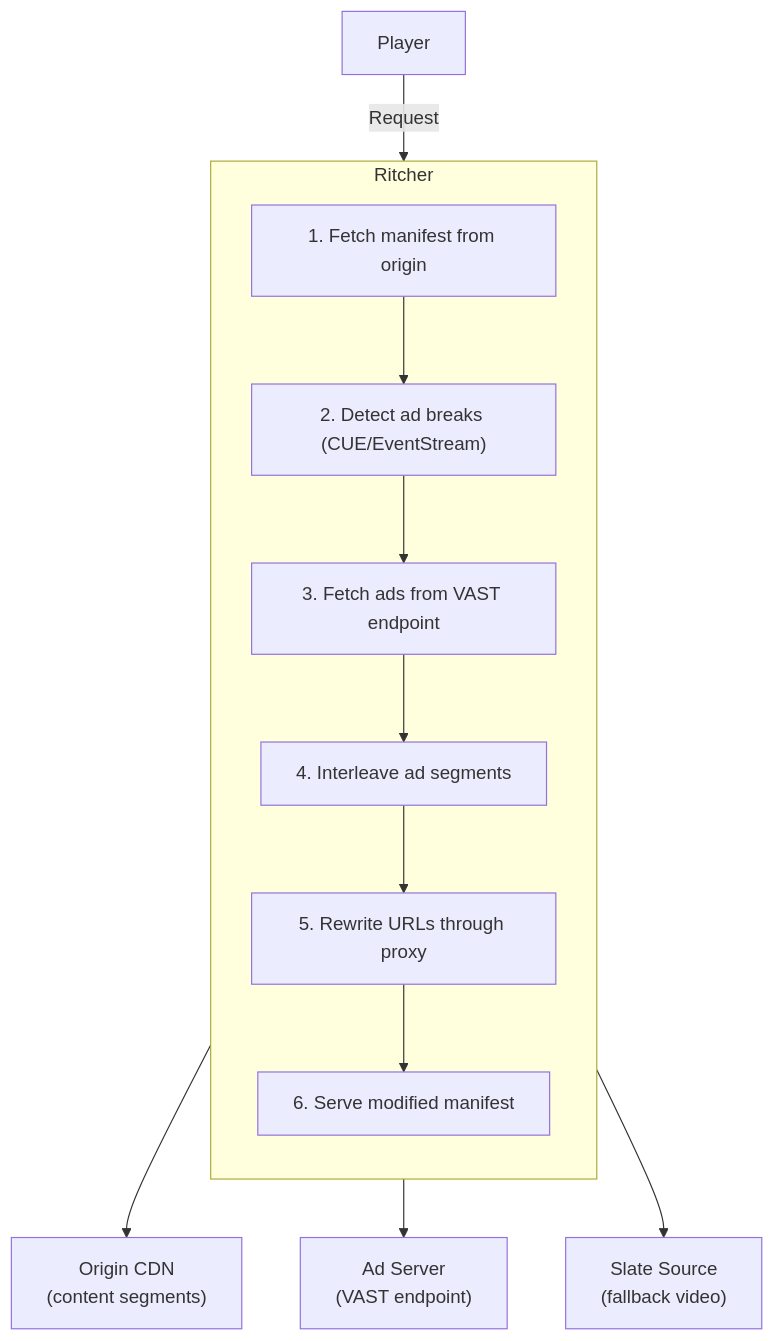
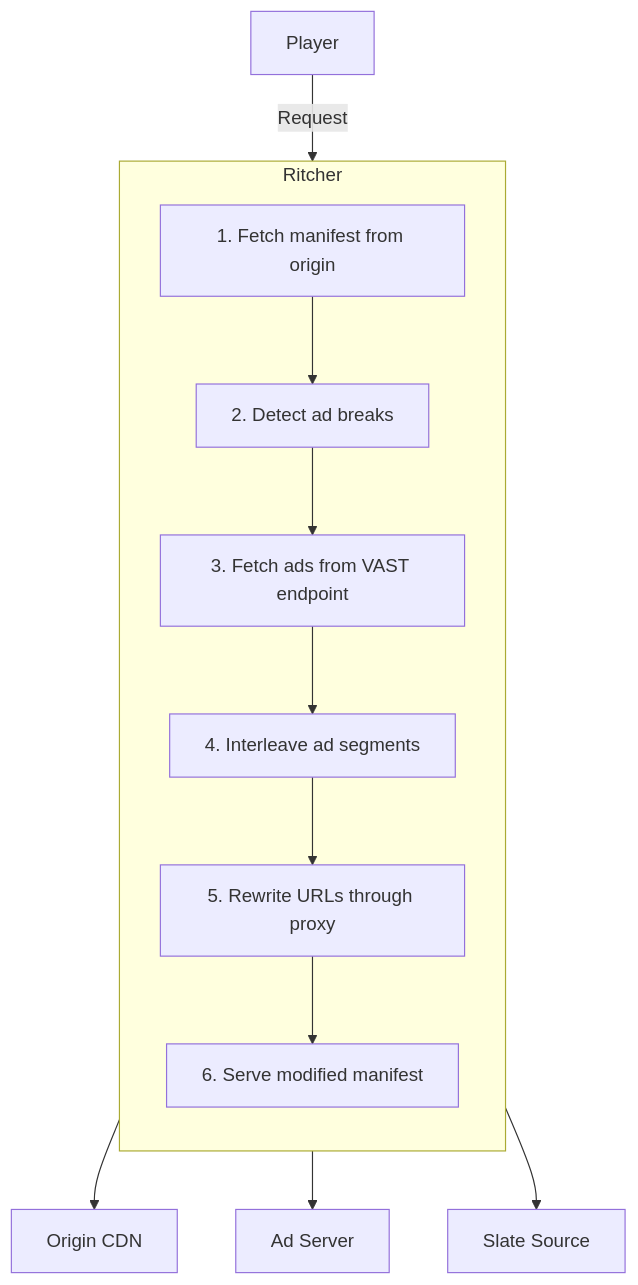
One commit to JoeldelPilar/ritcher changed the diagram in README.md. Above: the diagram before and after it, drawn with Mermaid.

Commit message:
fix: resolve Mermaid rendering error on GitHub
Use short node IDs to avoid subgraph naming conflicts that caused
"Could not find a suitable point for the given distance" error.

````diff
--- a/README.md
+++ b/README.md
@@ -51,19 +51,19 @@
 ```mermaid
 flowchart TD
-    Player -->|Request| Ritcher
+    P[Player] -->|Request| R
 
-    subgraph Ritcher[" Ritcher "]
+    subgraph R[Ritcher]
         direction TB
-        S1["1. Fetch manifest from origin"]
-        S2["2. Detect ad breaks (CUE/EventStream)"]
-        S3["3. Fetch ads from VAST endpoint"]
-        S4["4. Interleave ad segments"]
-        S5["5. Rewrite URLs through proxy"]
-        S6["6. Serve modified manifest"]
+        S1[1. Fetch manifest from origin]
+        S2[2. Detect ad breaks]
+        S3[3. Fetch ads from VAST endpoint]
+        S4[4. Interleave ad segments]
+        S5[5. Rewrite URLs through proxy]
+        S6[6. Serve modified manifest]
         S1 --> S2 --> S3 --> S4 --> S5 --> S6
     end
 
-    Ritcher --> Origin["Origin CDN\n(content segments)"]
-    Ritcher --> AdServer["Ad Server\n(VAST endpoint)"]
-    Ritcher --> Slate["Slate Source\n(fallback video)"]
+    R --> O[Origin CDN]
+    R --> A[Ad Server]
+    R --> SL[Slate Source]
 ```
````
